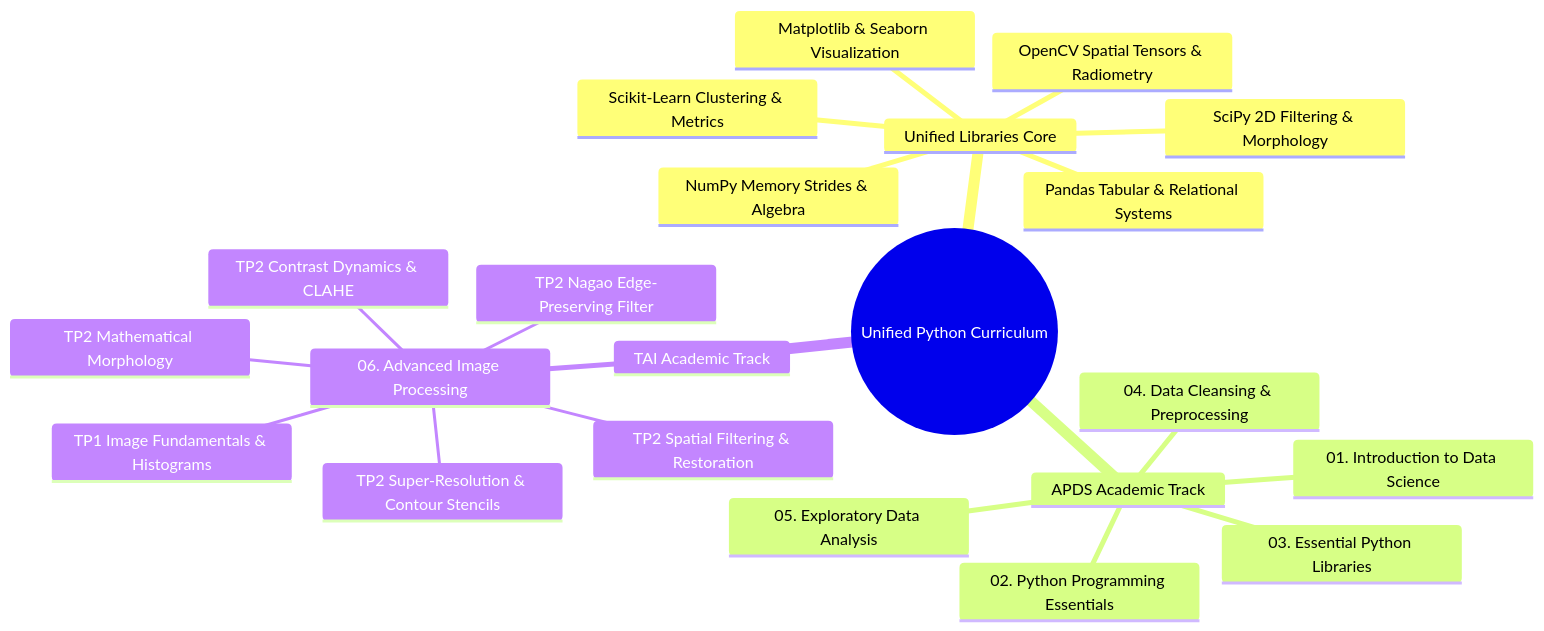
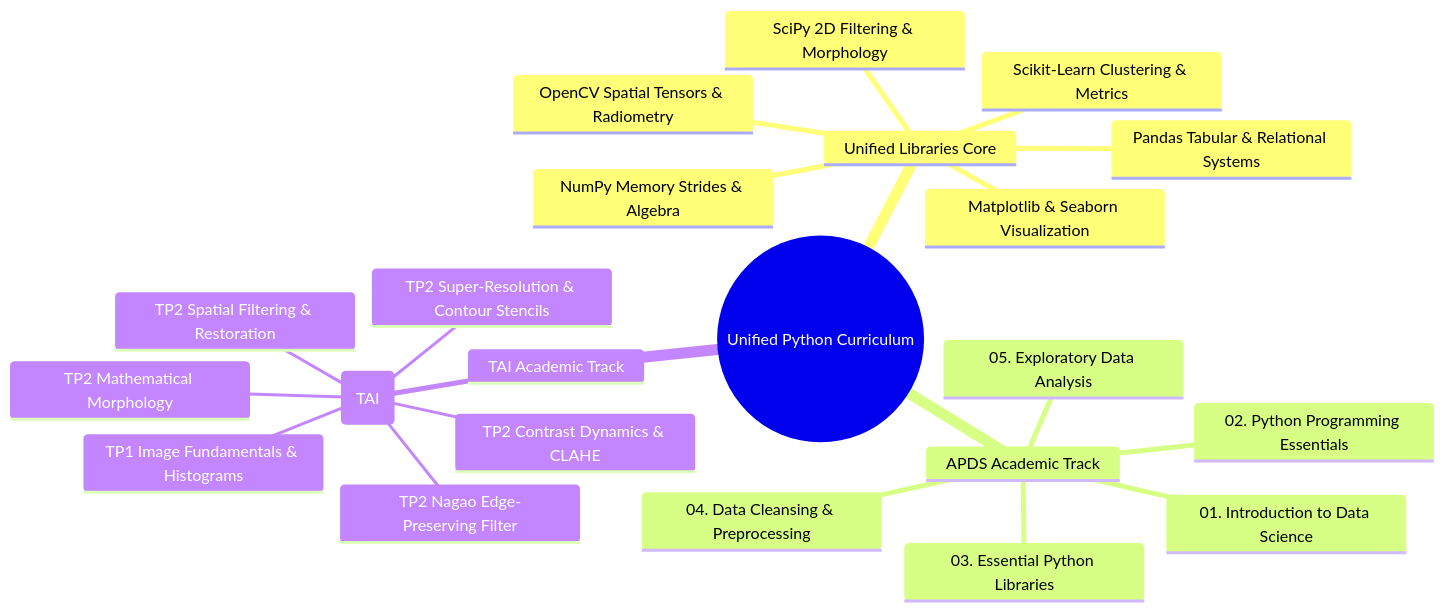
Before and after one commit to Vtheonly/UMBB-Advanced-Image-Processing-and-Python-Data-Sceince-: the first of 2 diagrams in 00. Master Curriculum Roadmap.md, drawn with Mermaid. The commit also changed other lines of this file and 189 other files, not shown here.

````diff
--- a/00. Master Curriculum Roadmap.md
+++ b/00. Master Curriculum Roadmap.md
@@ -6,25 +6,25 @@
 ```mermaid
 mindmap
   root((Unified Python Curriculum))
     Unified Libraries Core
       NumPy Memory Strides & Algebra
       Matplotlib & Seaborn Visualization
       Pandas Tabular & Relational Systems
       OpenCV Spatial Tensors & Radiometry
       SciPy 2D Filtering & Morphology
       Scikit-Learn Clustering & Metrics
     APDS Academic Track
       01. Introduction to Data Science
       02. Python Programming Essentials
       03. Essential Python Libraries
       04. Data Cleansing & Preprocessing
       05. Exploratory Data Analysis
     TAI Academic Track
-      06. Advanced Image Processing
+      Advanced Image Processing (TAI)
         TP1 Image Fundamentals & Histograms
         TP2 Spatial Filtering & Restoration
         TP2 Nagao Edge-Preserving Filter
         TP2 Mathematical Morphology
         TP2 Contrast Dynamics & CLAHE
         TP2 Super-Resolution & Contour Stencils
 ```
````
